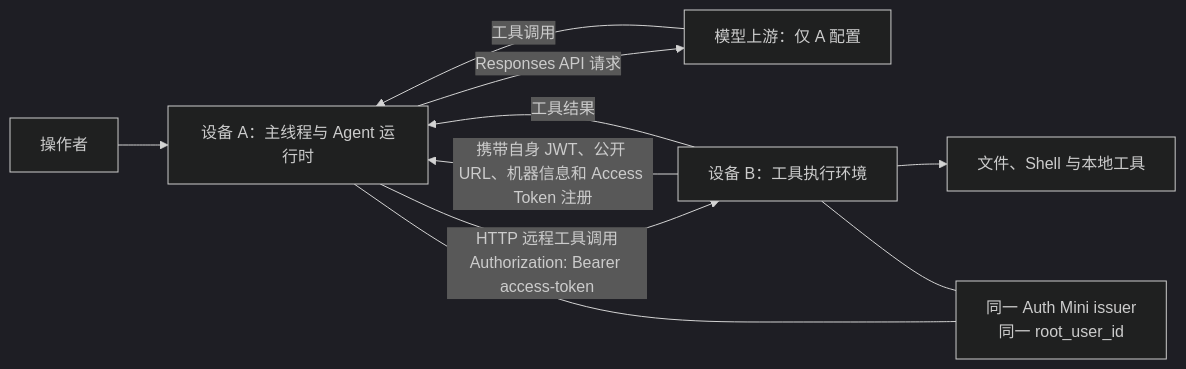
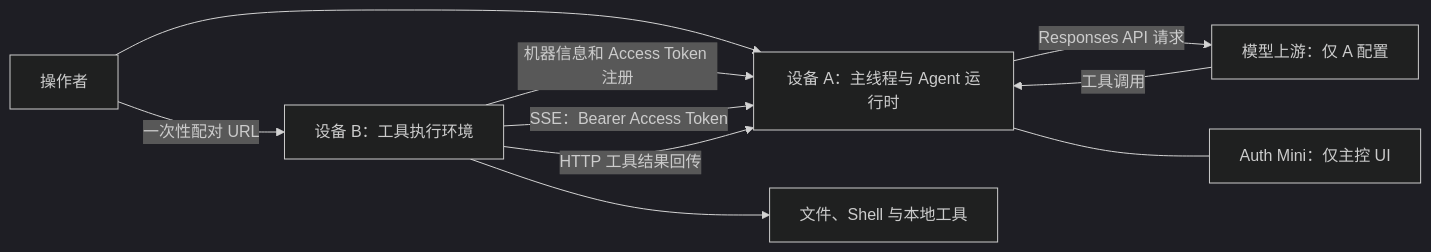
One commit to zccz14/cybion changed the second of 3 diagrams in README.md. Above: the diagram before and after it, drawn with Mermaid (dark theme). The commit also changed other lines of this file and 6 other files, not shown here.

````diff
--- a/README.md
+++ b/README.md
@@ -186,12 +184,12 @@
 ```mermaid
 flowchart LR
   U["操作者"] --> A["设备 A：主线程与 Agent 运行时"]
   A -->|"Responses API 请求"| M["模型上游：仅 A 配置"]
   M -->|"工具调用"| A
-  B -->|"携带自身 JWT、公开 URL、机器信息和 Access Token 注册"| A
-  A -->|"HTTP 远程工具调用<br/>Authorization: Bearer access-token"| B["设备 B：工具执行环境"]
+  U -->|"一次性配对 URL"| B["设备 B：工具执行环境"]
+  B -->|"机器信息和 Access Token 注册"| A
+  B -->|"SSE：Bearer Access Token"| A
+  B -->|"HTTP 工具结果回传"| A
   B --> F["文件、Shell 与本地工具"]
-  B -->|"工具结果"| A
-  A --- R["同一 Auth Mini issuer<br/>同一 root_user_id"]
-  B --- R
+  A --- R["Auth Mini：仅主控 UI"]
 ```
````
